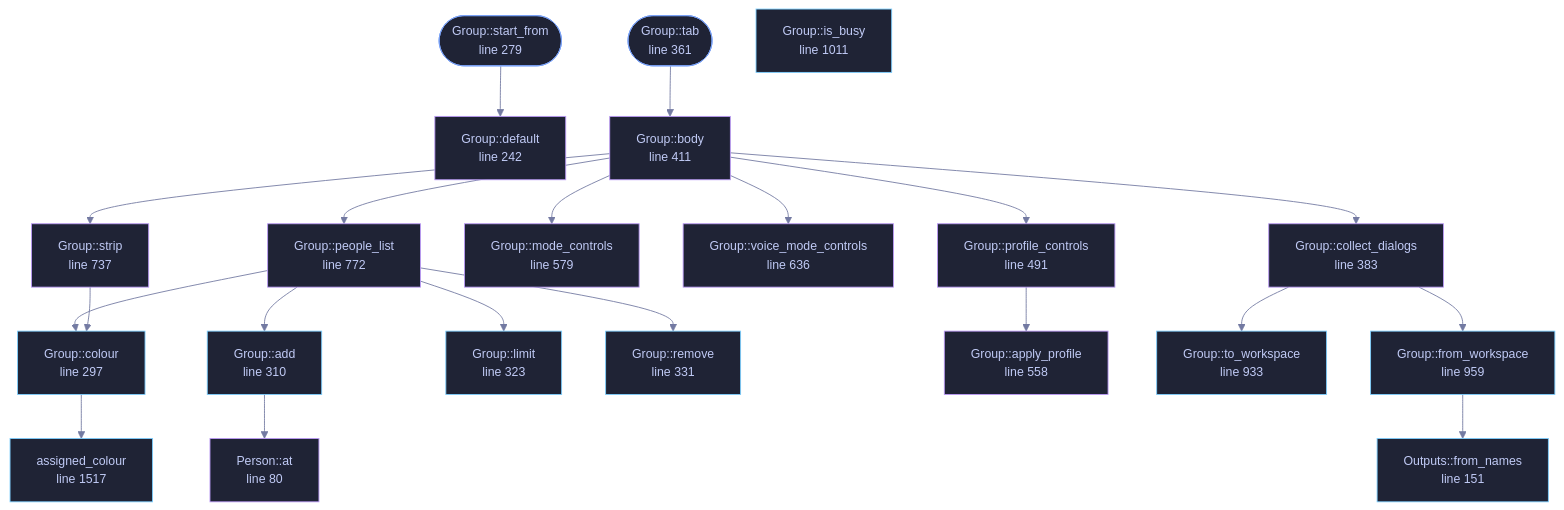
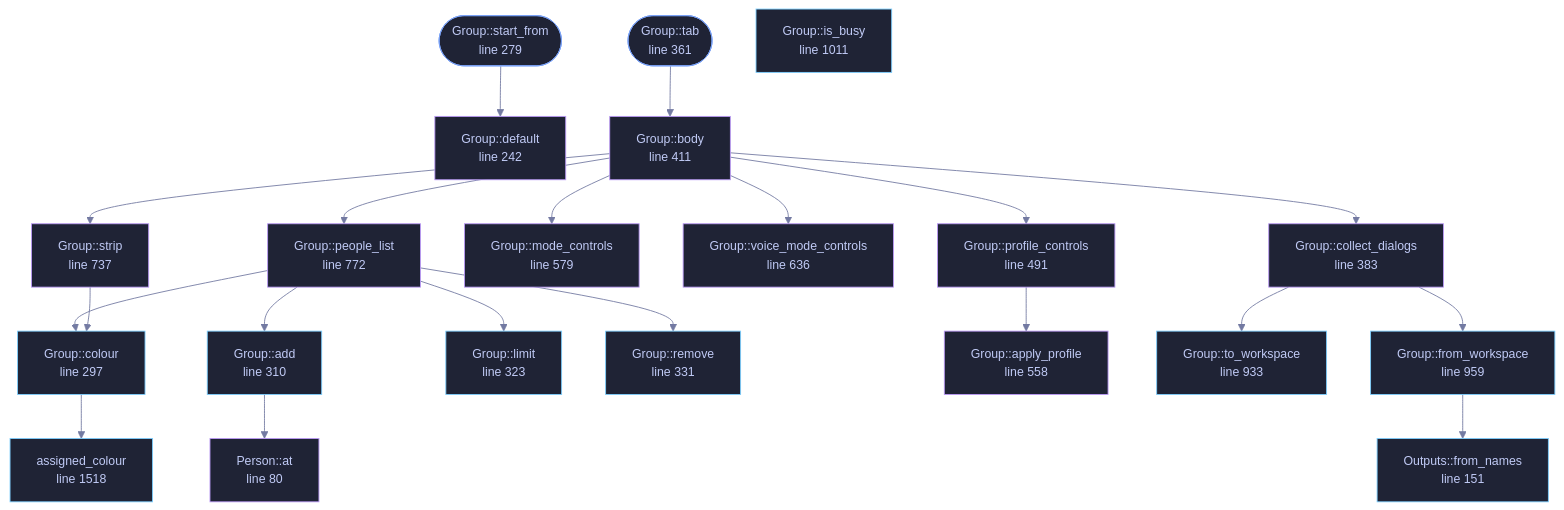
Before and after one commit to tilas01/veilvoice: the diagram in docs/files/veilvoice-gui/group.md, drawn with Mermaid. The commit also changed other lines of this file and 82 other files, not shown here.

````diff
--- a/docs/files/veilvoice-gui/group.md
+++ b/docs/files/veilvoice-gui/group.md
@@ -125,73 +125,73 @@
 ```mermaid
 %%{init: {"theme":"base","themeVariables":{"background":"#1a1b26","primaryColor":"#1f2335","primaryTextColor":"#c0caf5","primaryBorderColor":"#7aa2f7","secondaryColor":"#16161e","tertiaryColor":"#16161e","lineColor":"#737aa2","textColor":"#c0caf5","mainBkg":"#1f2335","nodeBorder":"#7aa2f7","clusterBkg":"#16161e","clusterBorder":"#2f3549","fontFamily":"ui-monospace, SFMono-Regular, Consolas, monospace","fontSize":"14px"}}}%%
 flowchart TD
     n_at["Person::at<br/>line 80"]
     n_default["Outputs::default<br/>line 112"]
     n_from_names["Outputs::from_names<br/>line 151"]
     n_default["Group::default<br/>line 242"]
     n_start_from(["Group::start_from<br/>line 279"])
     n_colour["Group::colour<br/>line 297"]
     n_add["Group::add<br/>line 310"]
     n_limit["Group::limit<br/>line 323"]
     n_remove["Group::remove<br/>line 331"]
     n_tab(["Group::tab<br/>line 361"])
     n_collect_dialogs["Group::collect_dialogs<br/>line 383"]
     n_body["Group::body<br/>line 411"]
     n_profile_controls["Group::profile_controls<br/>line 491"]
     n_apply_profile["Group::apply_profile<br/>line 558"]
     n_mode_controls["Group::mode_controls<br/>line 579"]
     n_voice_mode_controls["Group::voice_mode_controls<br/>line 636"]
     n_strip["Group::strip<br/>line 737"]
     n_people_list["Group::people_list<br/>line 772"]
     n_to_workspace["Group::to_workspace<br/>line 933"]
     n_from_workspace["Group::from_workspace<br/>line 959"]
     n_is_busy["Group::is_busy<br/>line 1011"]
-    n_assigned_colour["assigned_colour<br/>line 1517"]
+    n_assigned_colour["assigned_colour<br/>line 1518"]
     n_add --> n_at
     n_body --> n_collect_dialogs
     n_body --> n_mode_controls
     n_body --> n_people_list
     n_body --> n_profile_controls
     n_body --> n_strip
     n_body --> n_voice_mode_controls
     n_collect_dialogs --> n_from_workspace
     n_collect_dialogs --> n_to_workspace
     n_colour --> n_assigned_colour
     n_from_workspace --> n_from_names
     n_people_list --> n_add
     n_people_list --> n_colour
     n_people_list --> n_limit
     n_people_list --> n_remove
     n_profile_controls --> n_apply_profile
     n_start_from --> n_default
     n_strip --> n_colour
     n_tab --> n_body
     click n_at href "https://github.com/tilas01/veilvoice/blob/main/crates/veilvoice-gui/src/group.rs#L80" "open the source"
     click n_default href "https://github.com/tilas01/veilvoice/blob/main/crates/veilvoice-gui/src/group.rs#L112" "open the source"
     click n_from_names href "https://github.com/tilas01/veilvoice/blob/main/crates/veilvoice-gui/src/group.rs#L151" "open the source"
     click n_default href "https://github.com/tilas01/veilvoice/blob/main/crates/veilvoice-gui/src/group.rs#L242" "open the source"
     click n_start_from href "https://github.com/tilas01/veilvoice/blob/main/crates/veilvoice-gui/src/group.rs#L279" "open the source"
     click n_colour href "https://github.com/tilas01/veilvoice/blob/main/crates/veilvoice-gui/src/group.rs#L297" "open the source"
     click n_add href "https://github.com/tilas01/veilvoice/blob/main/crates/veilvoice-gui/src/group.rs#L310" "open the source"
     click n_limit href "https://github.com/tilas01/veilvoice/blob/main/crates/veilvoice-gui/src/group.rs#L323" "open the source"
     click n_remove href "https://github.com/tilas01/veilvoice/blob/main/crates/veilvoice-gui/src/group.rs#L331" "open the source"
     click n_tab href "https://github.com/tilas01/veilvoice/blob/main/crates/veilvoice-gui/src/group.rs#L361" "open the source"
     click n_collect_dialogs href "https://github.com/tilas01/veilvoice/blob/main/crates/veilvoice-gui/src/group.rs#L383" "open the source"
     click n_body href "https://github.com/tilas01/veilvoice/blob/main/crates/veilvoice-gui/src/group.rs#L411" "open the source"
     click n_profile_controls href "https://github.com/tilas01/veilvoice/blob/main/crates/veilvoice-gui/src/group.rs#L491" "open the source"
     click n_apply_profile href "https://github.com/tilas01/veilvoice/blob/main/crates/veilvoice-gui/src/group.rs#L558" "open the source"
     click n_mode_controls href "https://github.com/tilas01/veilvoice/blob/main/crates/veilvoice-gui/src/group.rs#L579" "open the source"
     click n_voice_mode_controls href "https://github.com/tilas01/veilvoice/blob/main/crates/veilvoice-gui/src/group.rs#L636" "open the source"
     click n_strip href "https://github.com/tilas01/veilvoice/blob/main/crates/veilvoice-gui/src/group.rs#L737" "open the source"
     click n_people_list href "https://github.com/tilas01/veilvoice/blob/main/crates/veilvoice-gui/src/group.rs#L772" "open the source"
     click n_to_workspace href "https://github.com/tilas01/veilvoice/blob/main/crates/veilvoice-gui/src/group.rs#L933" "open the source"
     click n_from_workspace href "https://github.com/tilas01/veilvoice/blob/main/crates/veilvoice-gui/src/group.rs#L959" "open the source"
     click n_is_busy href "https://github.com/tilas01/veilvoice/blob/main/crates/veilvoice-gui/src/group.rs#L1011" "open the source"
-    click n_assigned_colour href "https://github.com/tilas01/veilvoice/blob/main/crates/veilvoice-gui/src/group.rs#L1517" "open the source"
+    click n_assigned_colour href "https://github.com/tilas01/veilvoice/blob/main/crates/veilvoice-gui/src/group.rs#L1518" "open the source"
     classDef entry fill:#1f2335,stroke:#7aa2f7,color:#c0caf5
     class n_start_from,n_tab entry
     classDef api fill:#1f2335,stroke:#7dcfff,color:#c0caf5
     class n_from_names,n_colour,n_add,n_limit,n_remove,n_to_workspace,n_from_workspace,n_is_busy,n_assigned_colour api
     classDef helper fill:#1f2335,stroke:#bb9af7,color:#c0caf5
     class n_at,n_default,n_default,n_collect_dialogs,n_body,n_profile_controls,n_apply_profile,n_mode_controls,n_voice_mode_controls,n_strip,n_people_list helper
 ```
````
